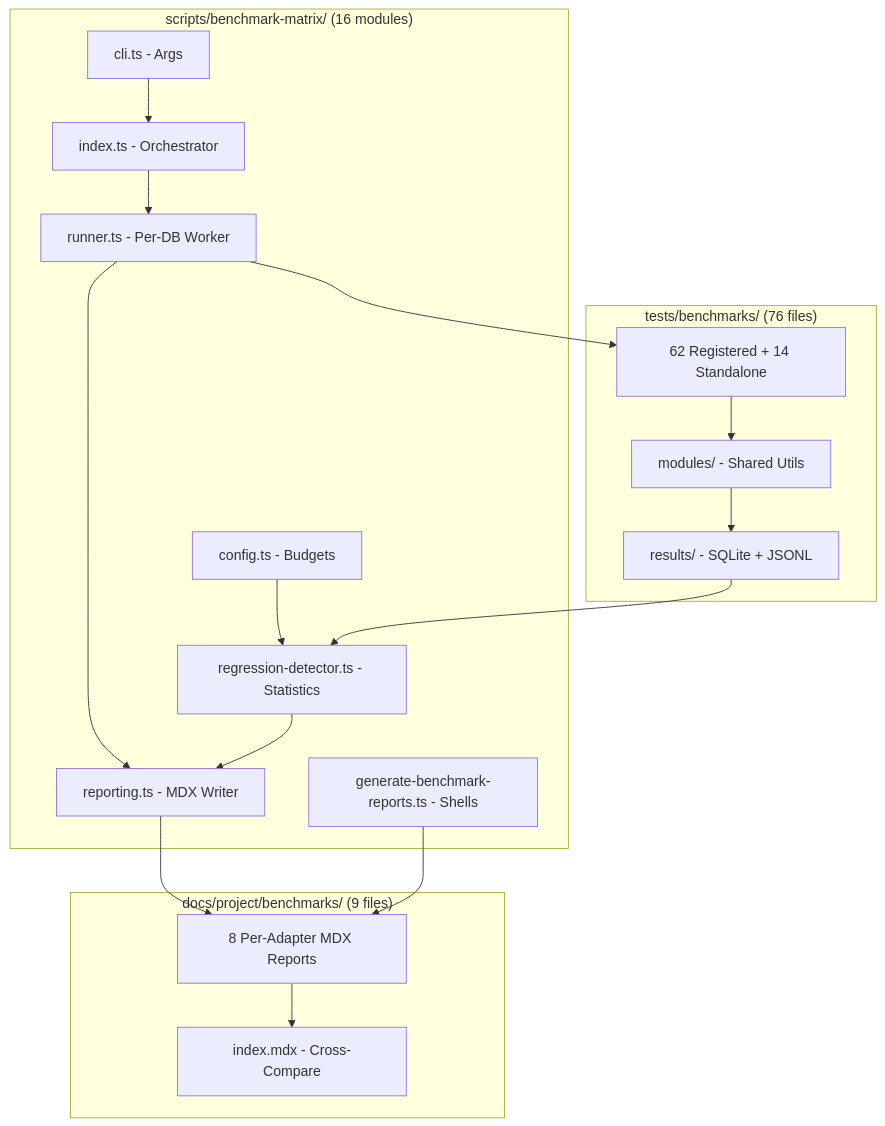
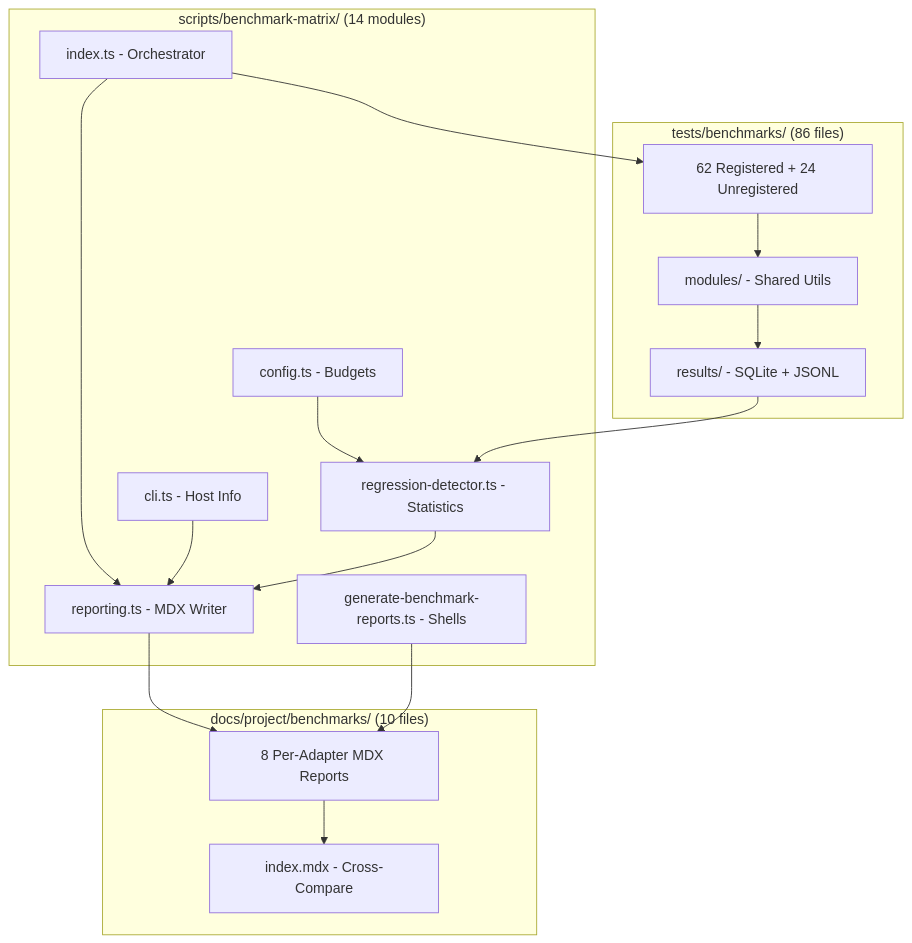
Before and after one commit to SveltyCMS/SveltyCMS: the first of 4 diagrams in docs/tests/benchmark-matrix.mdx, drawn with Mermaid. The commit also changed other lines of this file and 188 other files, not shown here.

````diff
--- a/docs/tests/benchmark-matrix.mdx
+++ b/docs/tests/benchmark-matrix.mdx
@@ -82,33 +82,31 @@
 ```mermaid
 flowchart TB
-    subgraph Orchestration["scripts/benchmark-matrix/ (16 modules)"]
-        CLI["cli.ts - Args"]
+    subgraph Orchestration["scripts/benchmark-matrix/ (14 modules)"]
         Index["index.ts - Orchestrator"]
-        Runner["runner.ts - Per-DB Worker"]
         Config["config.ts - Budgets"]
         RegDet["regression-detector.ts - Statistics"]
         ReportWriter["reporting.ts - MDX Writer"]
         Gen["generate-benchmark-reports.ts - Shells"]
+        HostInfo["cli.ts - Host Info"]
     end
-    subgraph Tests["tests/benchmarks/ (76 files)"]
-        BMs["62 Registered + 14 Standalone"]
+    subgraph Tests["tests/benchmarks/ (86 files)"]
+        BMs["62 Registered + 24 Unregistered"]
         BMMods["modules/ - Shared Utils"]
         Results["results/ - SQLite + JSONL"]
     end
-    subgraph Docs["docs/project/benchmarks/ (9 files)"]
+    subgraph Docs["docs/project/benchmarks/ (10 files)"]
         R8["8 Per-Adapter MDX Reports"]
         RIdx["index.mdx - Cross-Compare"]
     end
-    CLI --> Index
-    Index --> Runner
-    Runner --> BMs
+    Index --> BMs
     BMs --> BMMods
     BMMods --> Results
-    Runner --> ReportWriter
+    Index --> ReportWriter
+    HostInfo --> ReportWriter
     ReportWriter --> R8
     Gen --> R8
     Config --> RegDet
     Results --> RegDet
     RegDet --> ReportWriter
     R8 --> RIdx
 ```
````
